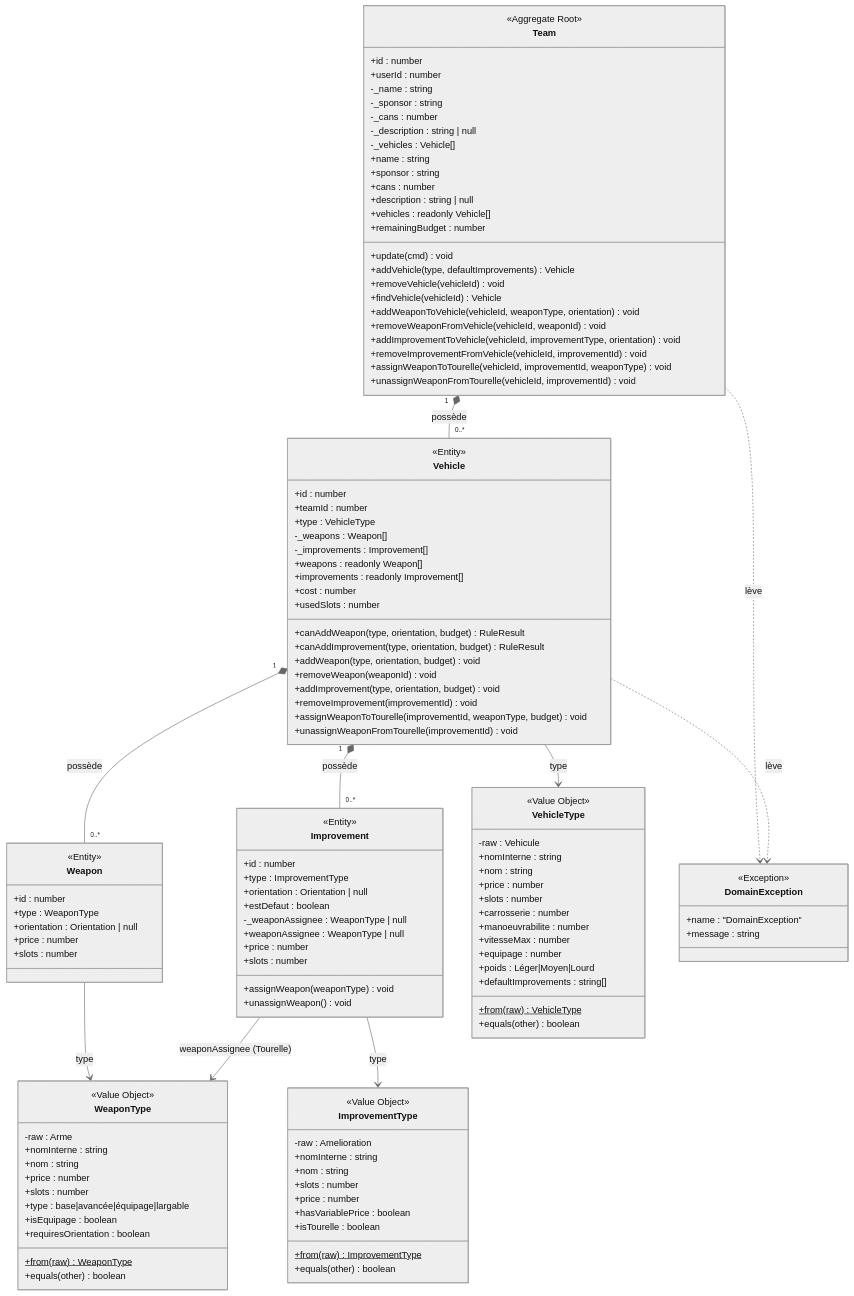
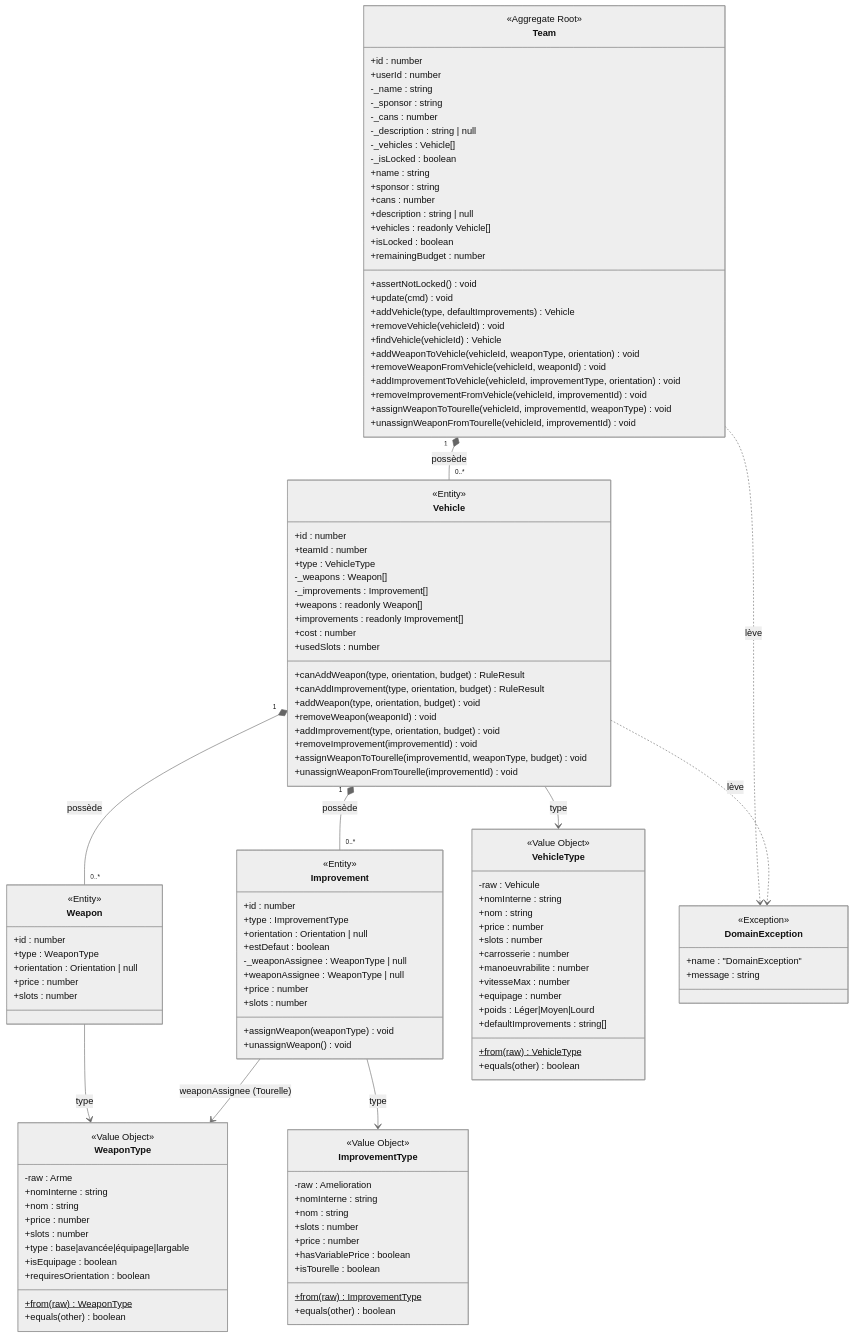
Before and after one commit to arnaudbracchetti/gaslands-manager: the first of 4 diagrams in docs/DOMAIN_MODEL.md, drawn with Mermaid (neutral theme). The commit also changed other lines of this file and 24 other files, not shown here.

```diff
--- a/docs/DOMAIN_MODEL.md
+++ b/docs/DOMAIN_MODEL.md
@@ -27,12 +27,15 @@
         -_cans : number
         -_description : string | null
         -_vehicles : Vehicle[]
+        -_isLocked : boolean
         +name : string
         +sponsor : string
         +cans : number
         +description : string | null
         +vehicles : readonly Vehicle[]
+        +isLocked : boolean
         +remainingBudget : number
+        +assertNotLocked() void
         +update(cmd) void
         +addVehicle(type, defaultImprovements) Vehicle
         +removeVehicle(vehicleId) void
```
